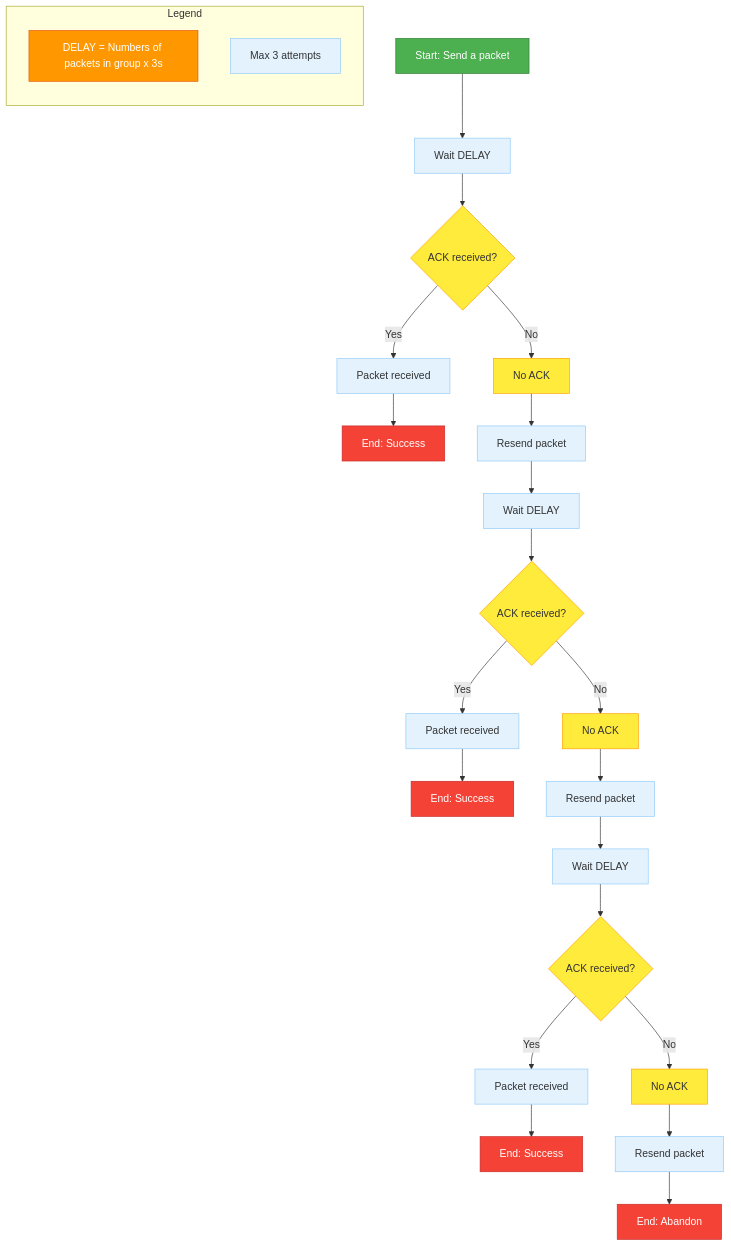
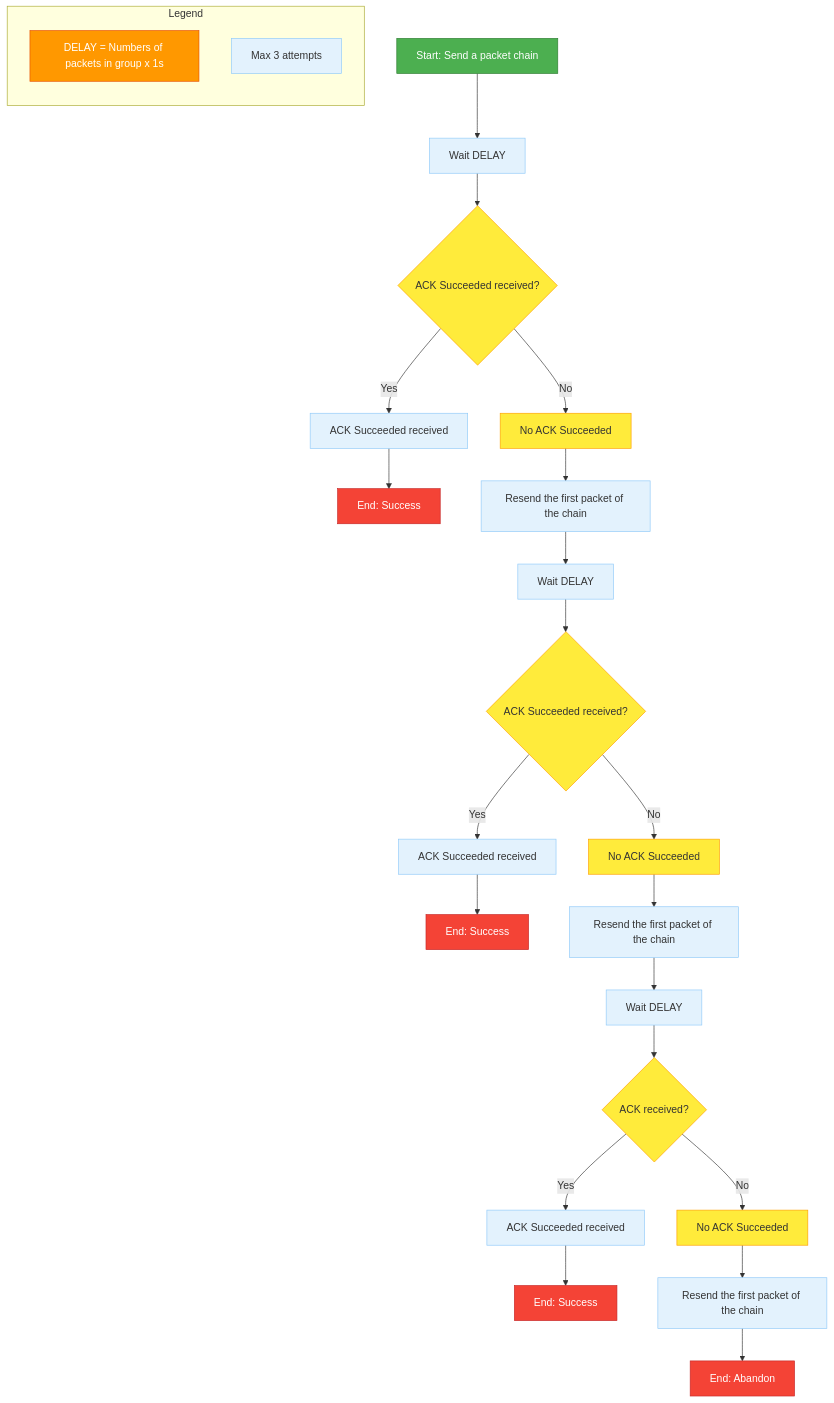
One commit to 4surix/honeybee changed the first of 3 diagrams in mechanisms/ACKNOWLEDGEMENT.md. Above: the diagram before and after it, drawn with Mermaid. The commit also changed other lines of this file and 8 other files, not shown here.

````diff
--- a/mechanisms/ACKNOWLEDGEMENT.md
+++ b/mechanisms/ACKNOWLEDGEMENT.md
@@ -16,64 +16,59 @@
 ```mermaid
 %% Diagram of ELODRI Logic (Ensure Least One Device Received It)
 flowchart TD
     %% Styles
     classDef start fill:#4CAF50,color:#fff,stroke:#2E7D32;
     classDef process fill:#E3F2FD,stroke:#90CAF9;
     classDef decision fill:#FFEB3B,stroke:#FFA000;
     classDef endNode fill:#F44336,color:#fff,stroke:#C62828;
     classDef timeout fill:#FF9800,color:#fff,stroke:#E65100;
 
-    %% Start of the process
-    A[Start: Send a packet]:::start
-
-    %% Waiting for ACK
+    A[Start: Send a packet chain]:::start
     B[Wait DELAY]:::process
-
-    %% Decision: ACK received?
-    C{ACK received?}:::decision
+    C{ACK Succeeded received?}:::decision
 
     %% If ACK received
-    D[Packet received]:::process
+    D[ACK Succeeded received]:::process
     E[End: Success]:::endNode
 
     %% If no ACK received
-    F[No ACK]:::decision
-    G[Resend packet]:::process
+    F[No ACK Succeeded]:::decision
+    G[Resend the first packet of the chain]:::process
     H[Wait DELAY]:::process
 
     %% Second attempt
-    I{ACK received?}:::decision
-    J[Packet received]:::process
+    I{ACK Succeeded received?}:::decision
+    J[ACK Succeeded received]:::process
     K[End: Success]:::endNode
 
     %% If still no ACK
-    L[No ACK]:::decision
-    M[Resend packet]:::process
+    L[No ACK Succeeded]:::decision
+    M[Resend the first packet of the chain]:::process
     N[Wait DELAY]:::process
 
     %% Third attempt
     O{ACK received?}:::decision
-    P[Packet received]:::process
+    P[ACK Succeeded received]:::process
     Q[End: Success]:::endNode
 
     %% After 3 attempts
-    R[No ACK]:::decision
-    S[Resend packet]:::process
+    R[No ACK Succeeded]:::decision
+    S[Resend the first packet of the chain]:::process
     U[End: Abandon]:::endNode
 
     %% Connections
     A --> B --> C
     C -->|Yes| D --> E
     C -->|No| F --> G --> H --> I
     I -->|Yes| J --> K
     I -->|No| L --> M --> N --> O
     O -->|Yes| P --> Q
     O -->|No| R --> S --> U
 
     %% Legend
     subgraph Legend
         direction TB
-        L1[DELAY = Numbers of packets in group x 3s]:::timeout
+        L1[DELAY = Numbers of packets in group x 1s]:::timeout
         L2[Max 3 attempts]:::process
     end
 ```
````
